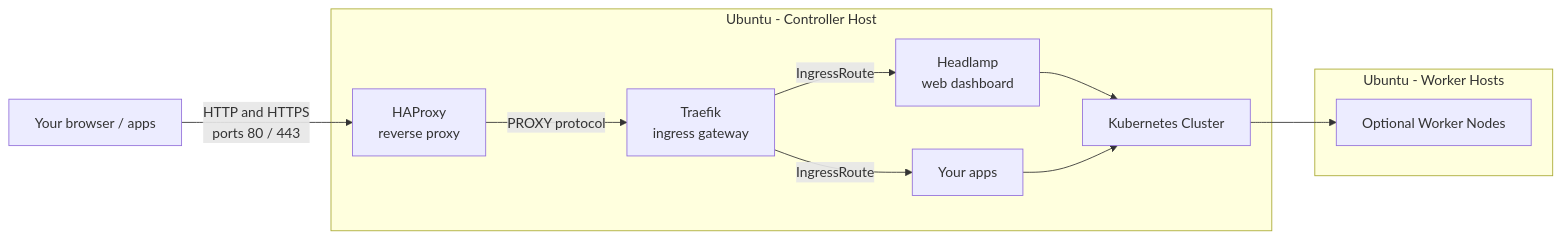
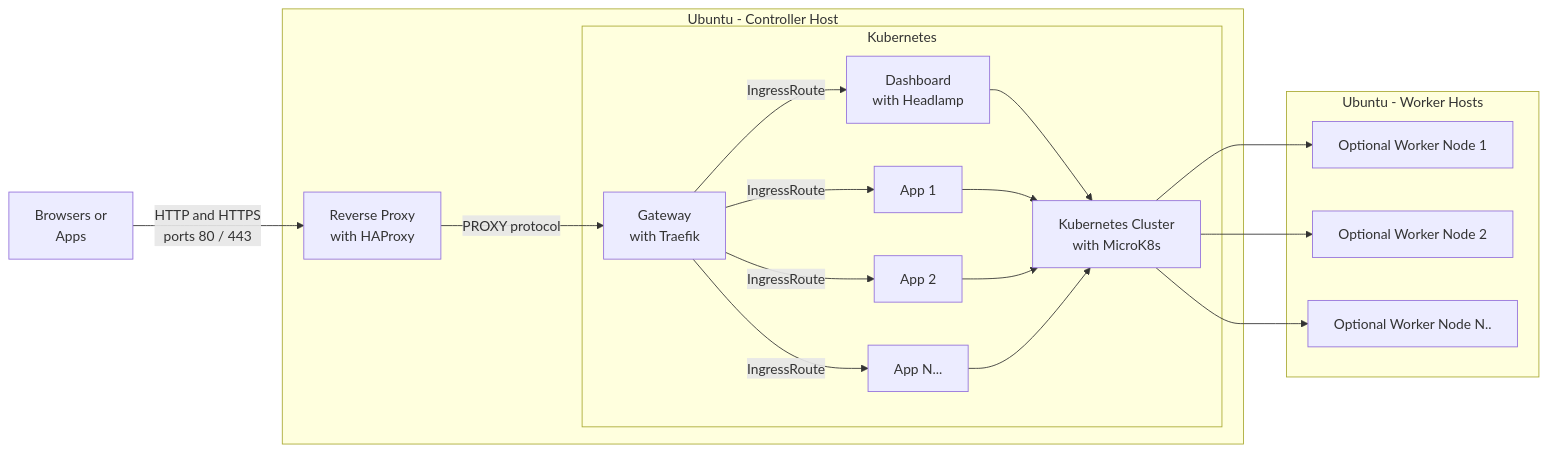
One commit to this-oliver/homelab changed the diagram in README.md. Above: the diagram before and after it, drawn with Mermaid. The commit also changed other lines of this file and 4 other files, not shown here.

````diff
--- a/README.md
+++ b/README.md
@@ -9,16 +9,25 @@
 ```mermaid
 flowchart LR
-    Client[Your browser / apps] -->|HTTP and HTTPS<br/>ports 80 / 443| HAProxy[HAProxy<br/>reverse proxy]
+  Client[Browsers or<br/>Apps] -->|HTTP and HTTPS<br/>ports 80 / 443| ReverseProxy[Reverse Proxy<br/>with HAProxy]
 
-    subgraph controller[Ubuntu - Controller Host]
-        HAProxy -->|PROXY protocol| Traefik[Traefik<br/>ingress gateway]
-        Traefik -->|IngressRoute| Headlamp[Headlamp<br/>web dashboard]
-        Traefik -->|IngressRoute| Apps[Your apps]
-        Headlamp --> MicroK8s[Kubernetes Cluster]
-        Apps --> MicroK8s
+  subgraph controller[Ubuntu - Controller Host]
+    ReverseProxy -->|PROXY protocol| Gateway[Gateway<br/>with Traefik]
+
+    subgraph cluster[Kubernetes]
+      Gateway -->|IngressRoute| Dashboard[Dashboard<br/>with Headlamp]
+      Gateway -->|IngressRoute| App1[App 1]
+      Gateway -->|IngressRoute| App2[App 2]
+      Gateway -->|IngressRoute| AppN[App N...]
+      Dashboard --> Cluster[Kubernetes Cluster<br/>with MicroK8s]
+      App1 --> Cluster
+      App2 --> Cluster
+      AppN --> Cluster
     end
-    
-    subgraph worker[Ubuntu - Worker Hosts]
-        MicroK8s --> MicroK8sWorker[Optional Worker Nodes]
-    end
+  end
+  
+  subgraph worker[Ubuntu - Worker Hosts]
+    Cluster --> Worker1[Optional Worker Node 1]
+    Cluster --> Worker2[Optional Worker Node 2]
+    Cluster --> WorkerN[Optional Worker Node N..]
+  end
 ```
````
